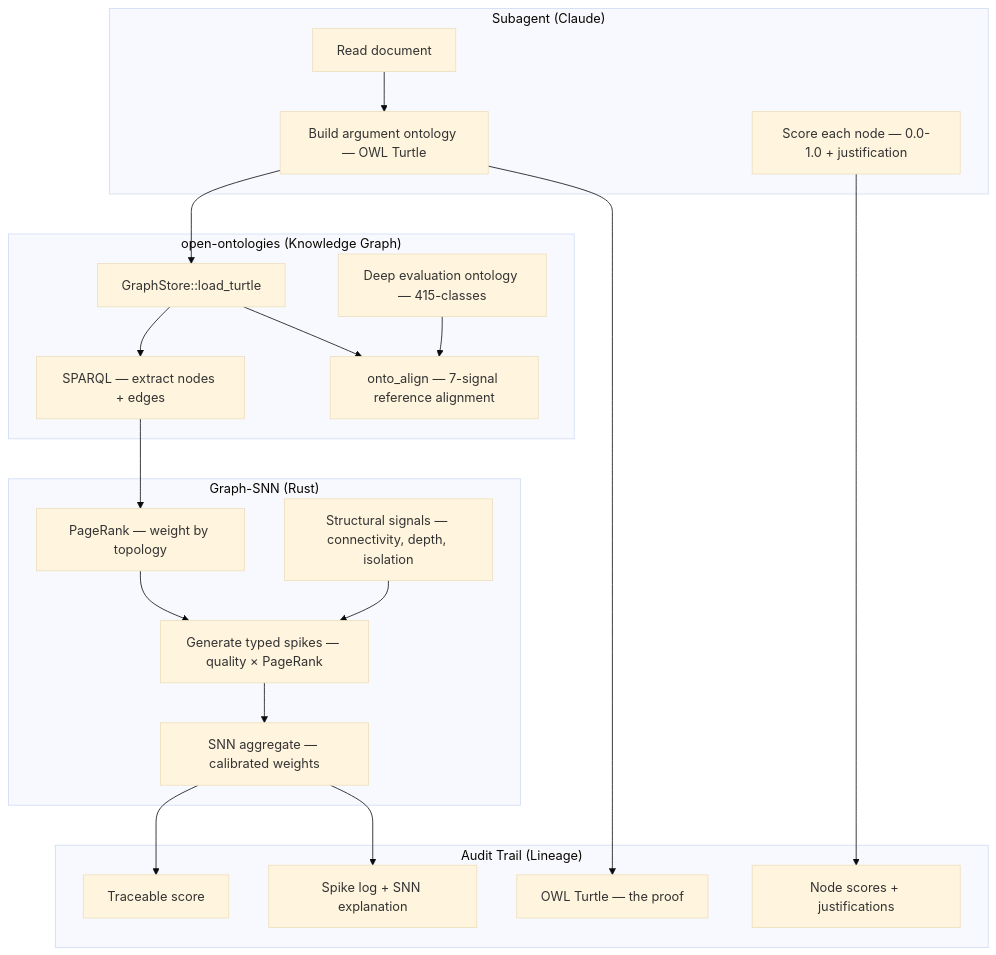
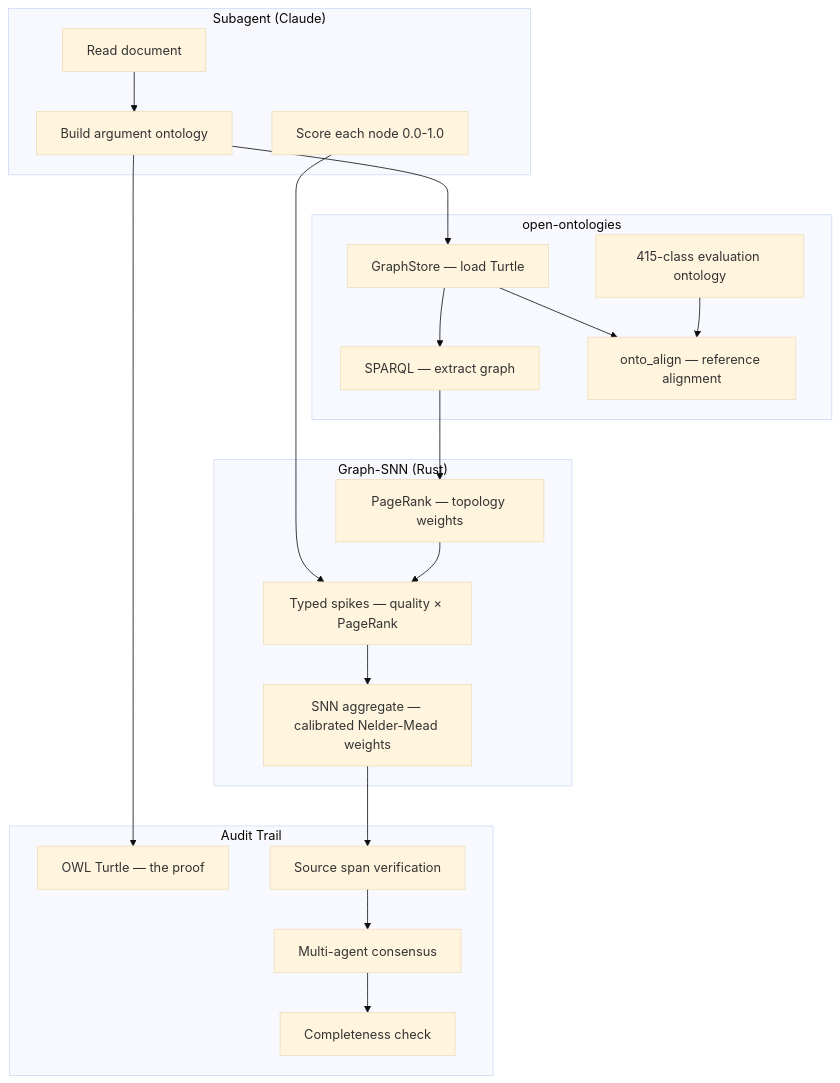
The diagram in README.md (fabio-rovai/brain-in-the-fish), drawn with Mermaid (base theme) before and after one commit. The commit also changed other lines of this file and 2 other files, not shown here.

First line of the commit message:
docs: complete README redesign — show don't tell

````diff
--- a/README.md
+++ b/README.md
@@ -263,40 +220,36 @@
 ```mermaid
 graph TB
     subgraph "Subagent (Claude)"
         READ[Read document]
-        SKETCH[Build argument ontology — OWL Turtle]
-        SCORE_N[Score each node — 0.0-1.0 + justification]
+        SKETCH[Build argument ontology]
+        SCORE_N[Score each node 0.0-1.0]
     end
 
-    subgraph "open-ontologies (Knowledge Graph)"
-        LOAD[GraphStore::load_turtle]
-        SPARQL[SPARQL — extract nodes + edges]
-        ALIGN[onto_align — 7-signal reference alignment]
-        REF[Deep evaluation ontology — 415-classes]
+    subgraph "open-ontologies"
+        LOAD[GraphStore — load Turtle]
+        SPARQL[SPARQL — extract graph]
+        ALIGN[onto_align — reference alignment]
+        REF[415-class evaluation ontology]
     end
 
     subgraph "Graph-SNN (Rust)"
-        PR[PageRank — weight by topology]
-        SPIKE[Generate typed spikes — quality × PageRank]
-        STRUCT[Structural signals — connectivity, depth, isolation]
-        AGG[SNN aggregate — calibrated weights]
+        PR[PageRank — topology weights]
+        SPIKE[Typed spikes — quality × PageRank]
+        AGG[SNN aggregate — calibrated Nelder-Mead weights]
     end
 
-    subgraph "Audit Trail (Lineage)"
+    subgraph "Audit Trail"
         TTL[OWL Turtle — the proof]
-        NODES[Node scores + justifications]
-        LOG[Spike log + SNN explanation]
-        FINAL[Traceable score]
+        VERIFY[Source span verification]
+        CONSENSUS[Multi-agent consensus]
+        COMPLETE[Completeness check]
     end
 
     READ --> SKETCH --> LOAD
-    SCORE_N --> NODES
-    LOAD --> SPARQL --> PR
+    SCORE_N --> SPIKE
+    LOAD --> SPARQL --> PR --> SPIKE --> AGG
     LOAD --> ALIGN
     REF --> ALIGN
-    PR --> SPIKE
-    STRUCT --> SPIKE
-    SPIKE --> AGG --> FINAL
     SKETCH --> TTL
-    AGG --> LOG
+    AGG --> VERIFY --> CONSENSUS --> COMPLETE
 ```
````
